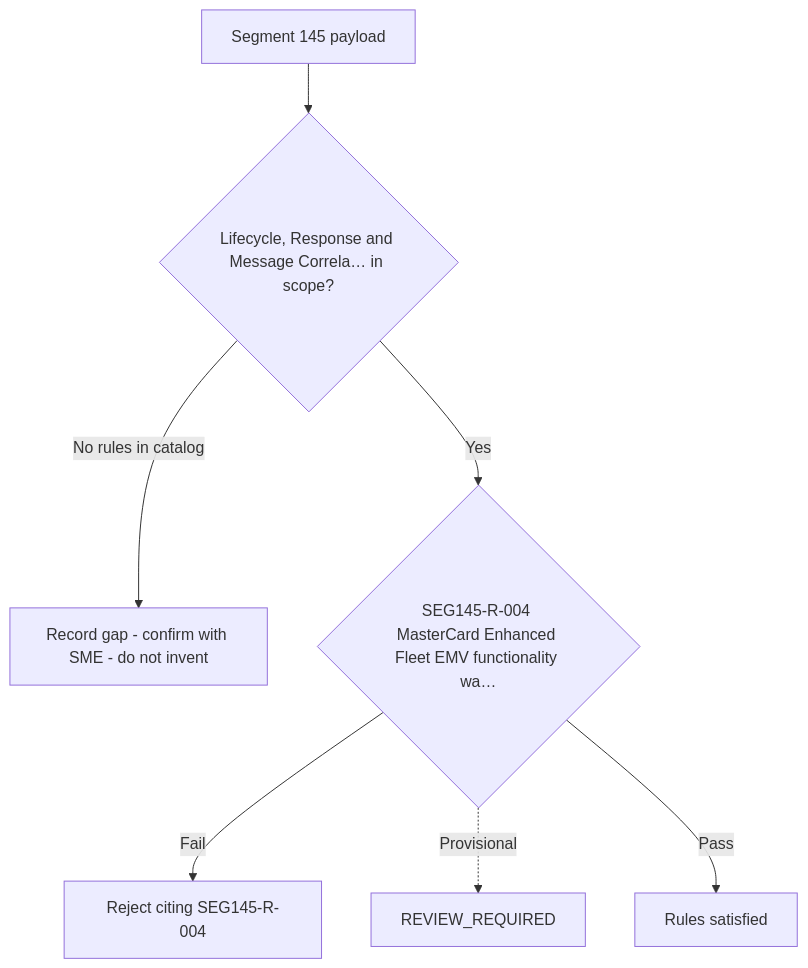
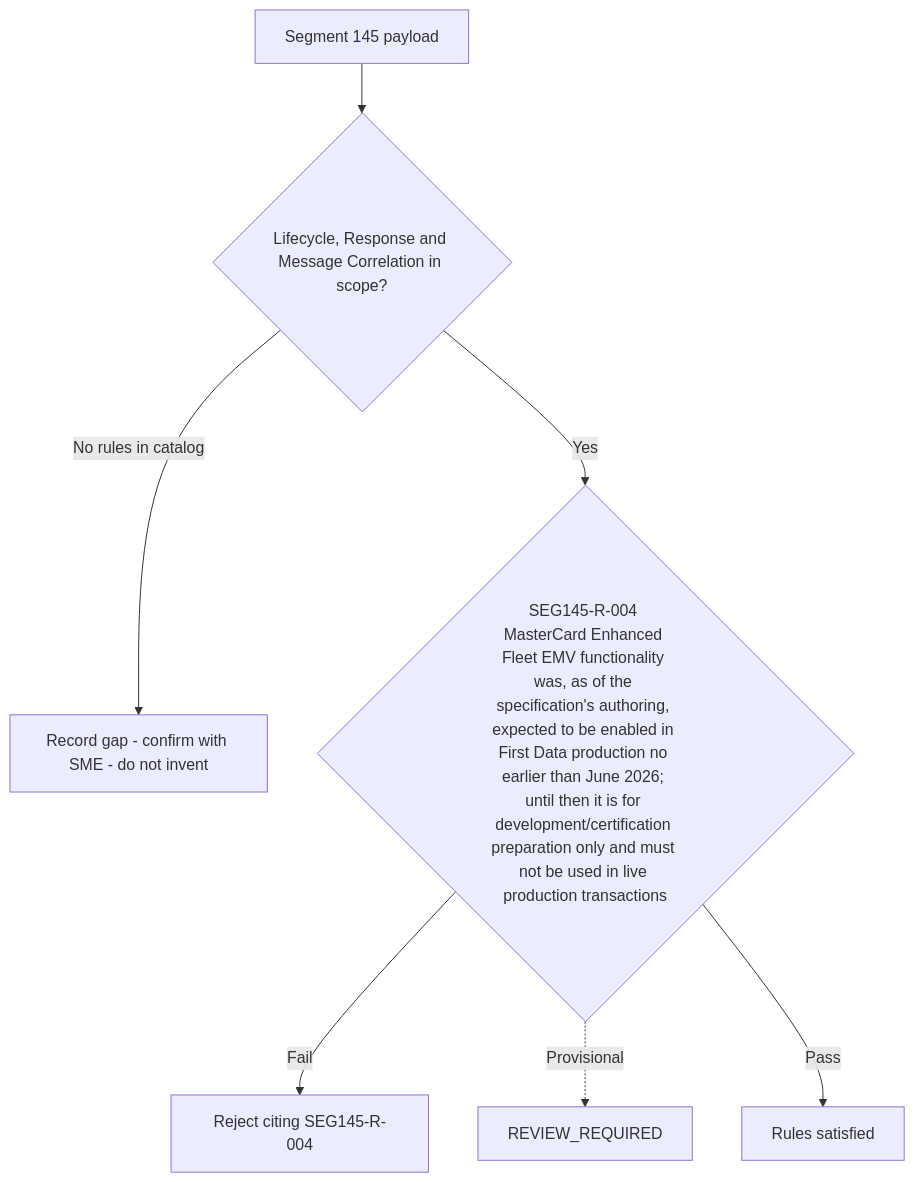
The diagram in regression-artifact-validator/specifications/ATL105/docs/specs/kb/segment-145/lifecycle-response-correlation-flow.md (DhanSingh-hub/core-auth-ai-validation-framework), drawn with Mermaid before and after one commit. The commit also changed 150 other files, not shown here.

````diff
--- a/regression-artifact-validator/specifications/ATL105/docs/specs/kb/segment-145/lifecycle-response-correlation-flow.md
+++ b/regression-artifact-validator/specifications/ATL105/docs/specs/kb/segment-145/lifecycle-response-correlation-flow.md
@@ -3,9 +3,9 @@
 ```mermaid
 flowchart TD
-    A[Segment 145 payload] --> B{Lifecycle, Response and Message Correla… in scope?}
+    A[Segment 145 payload] --> B{Lifecycle, Response and Message Correlation in scope?}
     B -->|No rules in catalog| G[Record gap - confirm with SME - do not invent]
-    B -->|Yes| R1{SEG145-R-004 MasterCard Enhanced Fleet EMV functionality wa…}
+    B -->|Yes| R1{SEG145-R-004 MasterCard Enhanced Fleet EMV functionality was, as of the specification's authoring, expected to be enabled in First Data production no earlier than June 2026; until then it is for development/certification preparation only and must not be used in live production transactions}
     R1 -->|Fail| X1[Reject citing SEG145-R-004]
     R1 -.->|Provisional| P1[REVIEW_REQUIRED]
     R1 -->|Pass| Z[Rules satisfied]
 ```
````
